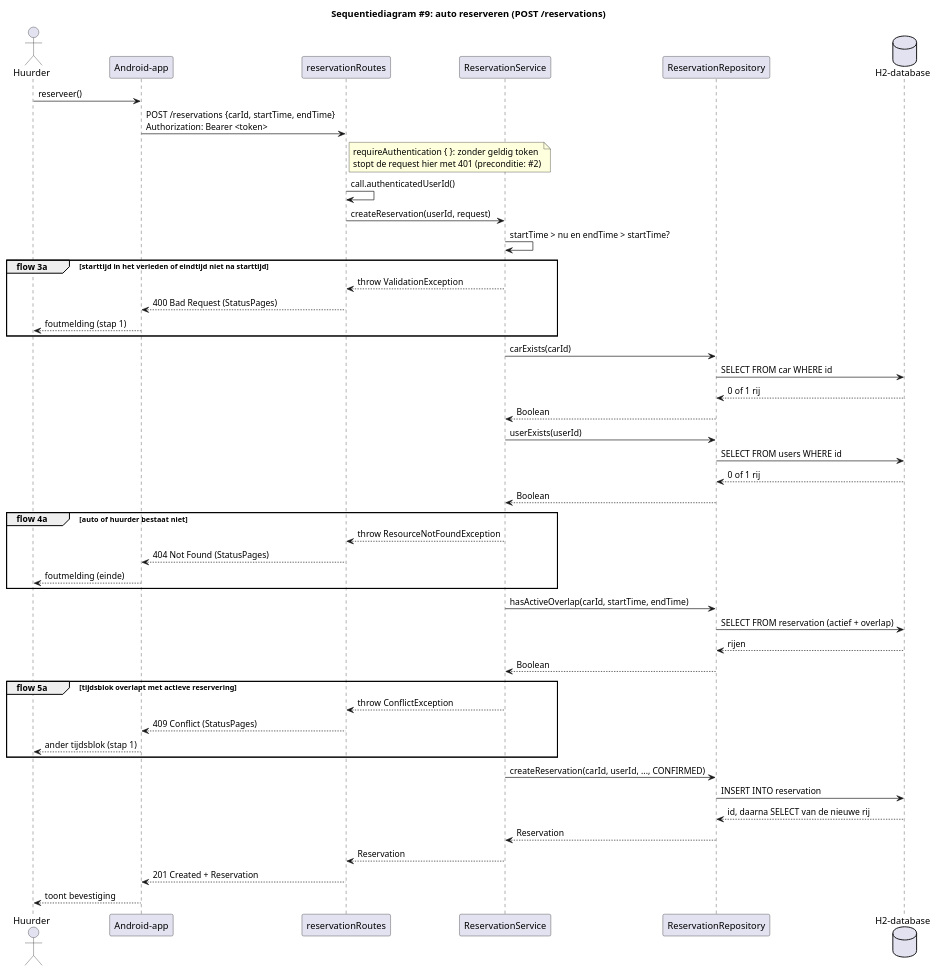
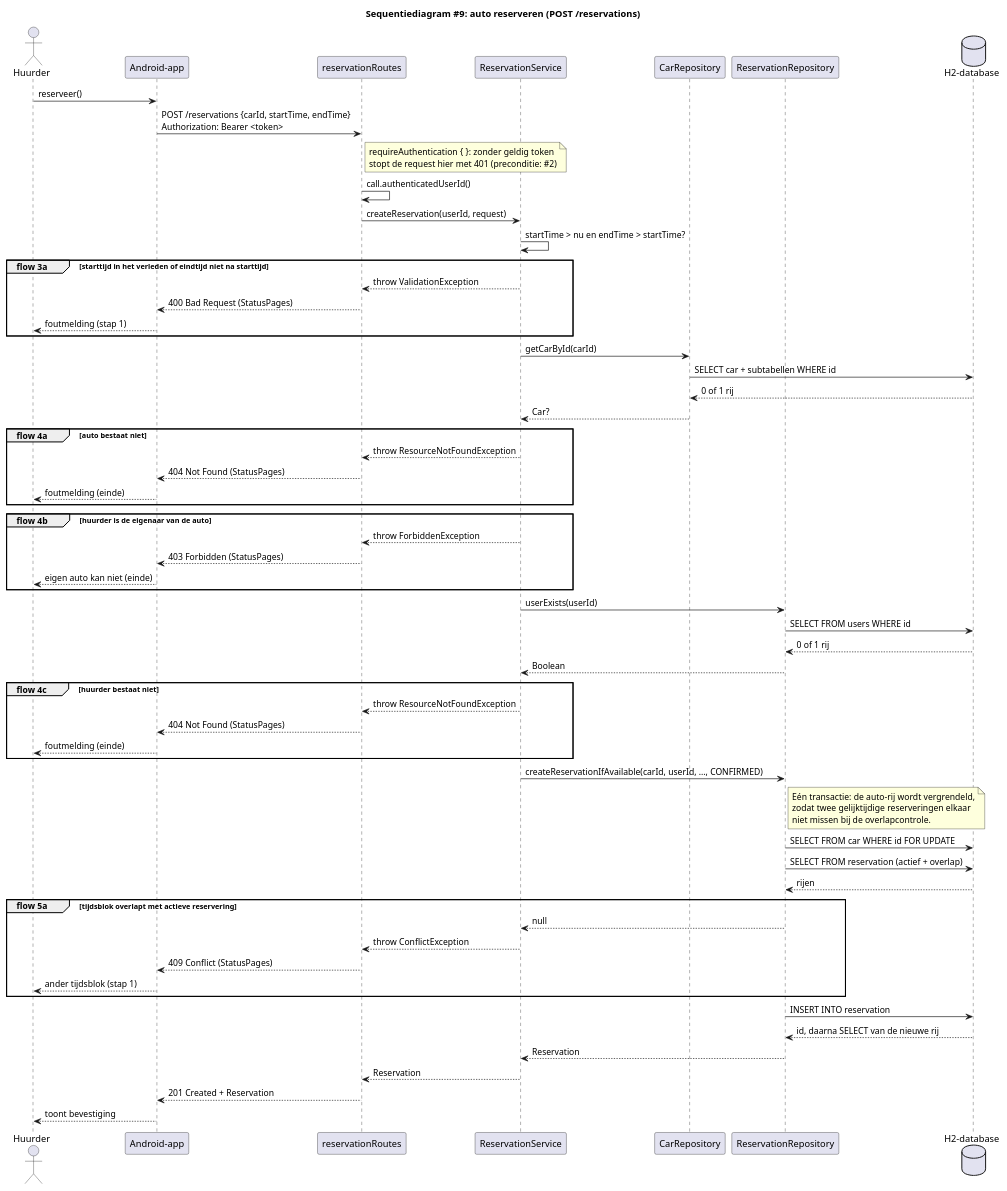
One commit to MarkPrins18/hbo-leerjaar2 changed the diagram in diagrams/sequence/ReserveCar.puml. Above: the diagram before and after it, drawn with PlantUML. The commit also changed 7 other files, not shown here.

Commit message:
docs: diagrammen, OpenAPI en spec gelijkgetrokken met de code

```diff
--- a/diagrams/sequence/ReserveCar.puml
+++ b/diagrams/sequence/ReserveCar.puml
@@ -1,61 +1,80 @@
 @startuml ReserveCar
 title Sequentiediagram #9: auto reserveren (POST /reservations)
 
 actor Huurder as g
 participant "Android-app" as app
 participant "reservationRoutes" as rt
 participant "ReservationService" as svc
+participant "CarRepository" as car
 participant "ReservationRepository" as repo
 database "H2-database" as db
 
 g -> app : reserveer()
 app -> rt : POST /reservations {carId, startTime, endTime}\nAuthorization: Bearer <token>
 note right of rt
   requireAuthentication { }: zonder geldig token
   stopt de request hier met 401 (preconditie: #2)
 end note
 rt -> rt : call.authenticatedUserId()
 rt -> svc : createReservation(userId, request)
 svc -> svc : startTime > nu en endTime > startTime?
 
 group flow 3a [starttijd in het verleden of eindtijd niet na starttijd]
     svc --> rt : throw ValidationException
     rt --> app : 400 Bad Request (StatusPages)
     app --> g : foutmelding (stap 1)
 end
 
-svc -> repo : carExists(carId)
-repo -> db : SELECT FROM car WHERE id
-db --> repo : 0 of 1 rij
-repo --> svc : Boolean
+svc -> car : getCarById(carId)
+car -> db : SELECT car + subtabellen WHERE id
+db --> car : 0 of 1 rij
+car --> svc : Car?
+
+group flow 4a [auto bestaat niet]
+    svc --> rt : throw ResourceNotFoundException
+    rt --> app : 404 Not Found (StatusPages)
+    app --> g : foutmelding (einde)
+end
+
+group flow 4b [huurder is de eigenaar van de auto]
+    svc --> rt : throw ForbiddenException
+    rt --> app : 403 Forbidden (StatusPages)
+    app --> g : eigen auto kan niet (einde)
+end
+
 svc -> repo : userExists(userId)
 repo -> db : SELECT FROM users WHERE id
 db --> repo : 0 of 1 rij
 repo --> svc : Boolean
 
-group flow 4a [auto of huurder bestaat niet]
+group flow 4c [huurder bestaat niet]
     svc --> rt : throw ResourceNotFoundException
     rt --> app : 404 Not Found (StatusPages)
     app --> g : foutmelding (einde)
 end
 
-svc -> repo : hasActiveOverlap(carId, startTime, endTime)
+svc -> repo : createReservationIfAvailable(carId, userId, ..., CONFIRMED)
+note right of repo
+  Eén transactie: de auto-rij wordt vergrendeld,
+  zodat twee gelijktijdige reserveringen elkaar
+  niet missen bij de overlapcontrole.
+end note
+repo -> db : SELECT FROM car WHERE id FOR UPDATE
 repo -> db : SELECT FROM reservation (actief + overlap)
 db --> repo : rijen
-repo --> svc : Boolean
 
 group flow 5a [tijdsblok overlapt met actieve reservering]
+    repo --> svc : null
     svc --> rt : throw ConflictException
     rt --> app : 409 Conflict (StatusPages)
     app --> g : ander tijdsblok (stap 1)
 end
 
-svc -> repo : createReservation(carId, userId, ..., CONFIRMED)
 repo -> db : INSERT INTO reservation
 db --> repo : id, daarna SELECT van de nieuwe rij
 repo --> svc : Reservation
 svc --> rt : Reservation
 rt --> app : 201 Created + Reservation
 app --> g : toont bevestiging
 
 @enduml
```
